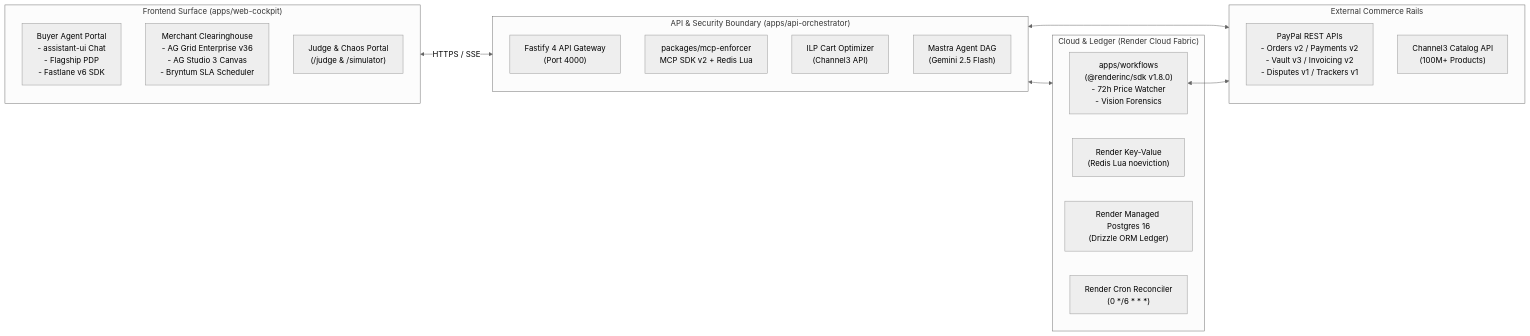
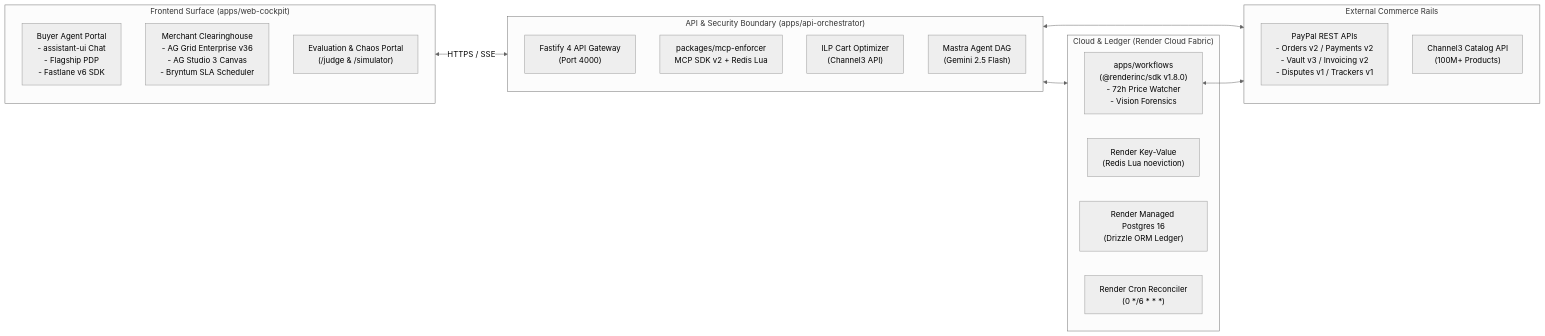
The second of 2 diagrams in README.md (vkk5880/Aegispay), drawn with Mermaid (neutral theme) before and after one commit. The commit also changed other lines of this file, not shown here.

````diff
--- a/README.md
+++ b/README.md
@@ -91,32 +93,32 @@
 ```mermaid
 flowchart LR
     subgraph ClientLayer["Frontend Surface (apps/web-cockpit)"]
         BuyerPortal["Buyer Agent Portal\n- assistant-ui Chat\n- Flagship PDP\n- Fastlane v6 SDK"]
         MerchantPortal["Merchant Clearinghouse\n- AG Grid Enterprise v36\n- AG Studio 3 Canvas\n- Bryntum SLA Scheduler"]
-        JudgeCockpit["Judge & Chaos Portal\n(/judge & /simulator)"]
+        JudgeCockpit["Evaluation & Chaos Portal\n(/judge & /simulator)"]
     end
 
     subgraph GatewayLayer["API & Security Boundary (apps/api-orchestrator)"]
         FastifyGateway["Fastify 4 API Gateway\n(Port 4000)"]
         McpEnforcer["packages/mcp-enforcer\nMCP SDK v2 + Redis Lua"]
         KnapsackSolver["ILP Cart Optimizer\n(Channel3 API)"]
         MastraAgent["Mastra Agent DAG\n(Gemini 2.5 Flash)"]
     end
 
     subgraph DurableLayer["Cloud & Ledger (Render Cloud Fabric)"]
         RenderWorkflows["apps/workflows\n(@renderinc/sdk v1.8.0)\n- 72h Price Watcher\n- Vision Forensics"]
         RedisKV["Render Key-Value\n(Redis Lua noeviction)"]
         PostgresDB["Render Managed Postgres 16\n(Drizzle ORM Ledger)"]
         CronJob["Render Cron Reconciler\n(0 */6 * * *)"]
     end
 
     subgraph ExternalRails["External Commerce Rails"]
         PayPalAPI["PayPal REST APIs\n- Orders v2 / Payments v2\n- Vault v3 / Invoicing v2\n- Disputes v1 / Trackers v1"]
         Channel3API["Channel3 Catalog API\n(100M+ Products)"]
     end
 
     ClientLayer <-->|HTTPS / SSE| GatewayLayer
     GatewayLayer <--> DurableLayer
     GatewayLayer <--> ExternalRails
     RenderWorkflows <--> ExternalRails
 ```
````
